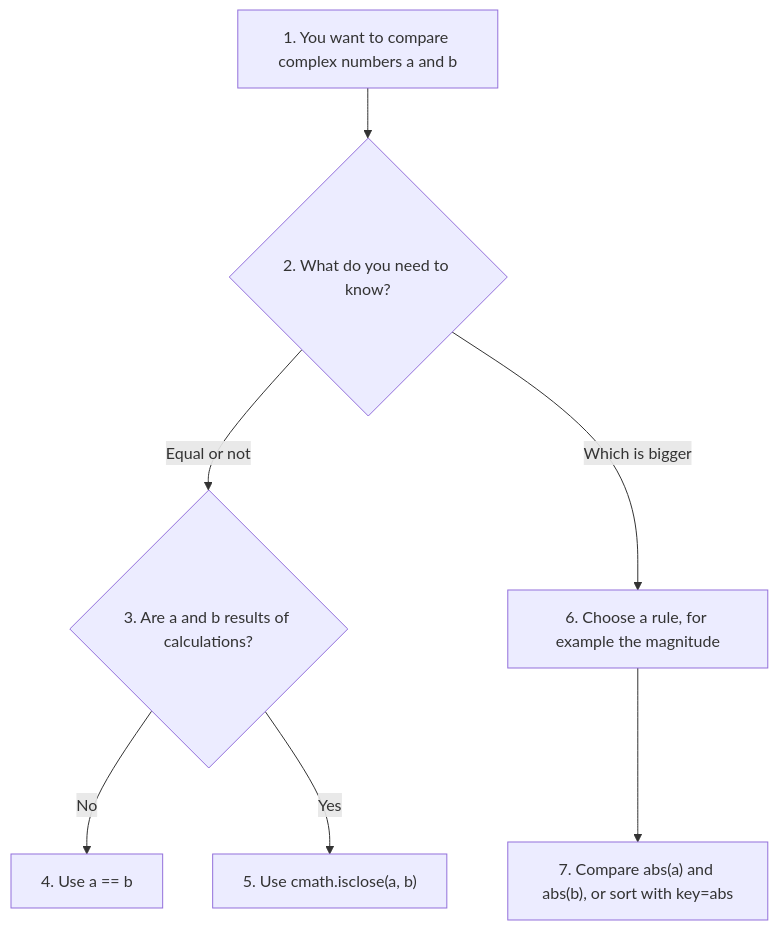
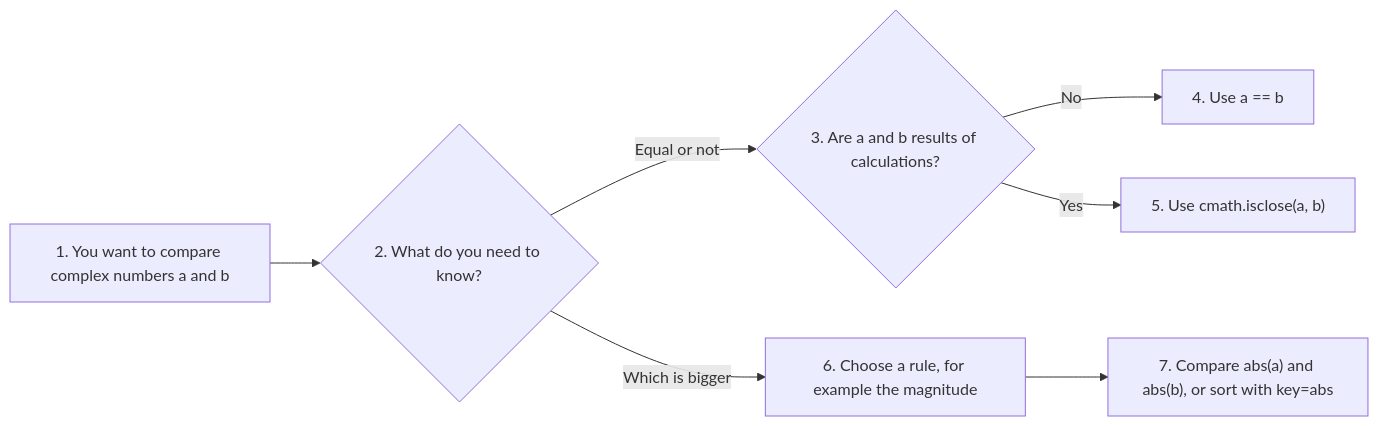
The second of 2 diagrams in docs/02-python-basics2/004-ch2-complex-numbers-advanced.md (ag999git/001-mkdocs), drawn with Mermaid before and after one commit. The commit also changed other lines of this file, not shown here.

````diff
--- a/docs/02-python-basics2/004-ch2-complex-numbers-advanced.md
+++ b/docs/02-python-basics2/004-ch2-complex-numbers-advanced.md
@@ -777,9 +779,9 @@
 ```mermaid
-flowchart TD
+flowchart LR
     A["1. You want to compare complex numbers a and b"] --> B{"2. What do you need to know?"}
     B -->|Equal or not| C{"3. Are a and b results of calculations?"}
     C -->|No| D["4. Use a == b"]
     C -->|Yes| E["5. Use cmath.isclose(a, b)"]
     B -->|Which is bigger| F["6. Choose a rule, for example the magnitude"]
     F --> G["7. Compare abs(a) and abs(b), or sort with key=abs"]
 ```
````
